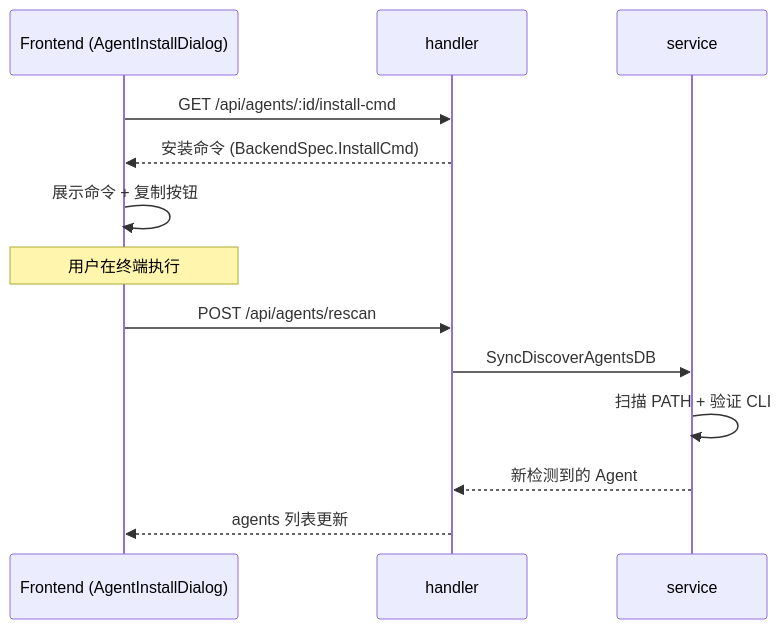
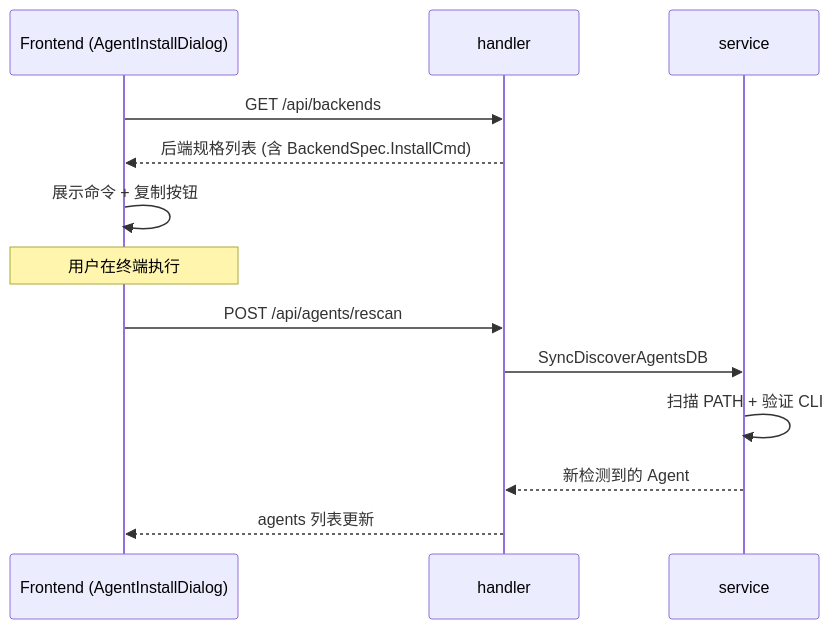
One commit to 0REZ/clawbench changed the second of 2 diagrams in docs/spec/features/setup-wizard.md. Above: the diagram before and after it, drawn with Mermaid. The commit also changed other lines of this file and 10 other files, not shown here.

````diff
--- a/docs/spec/features/setup-wizard.md
+++ b/docs/spec/features/setup-wizard.md
@@ -42,16 +40,16 @@
 ```mermaid
 sequenceDiagram
     participant F as Frontend (AgentInstallDialog)
     participant H as handler
     participant S as service
 
-    F->>H: GET /api/agents/:id/install-cmd
-    H-->>F: 安装命令 (BackendSpec.InstallCmd)
+    F->>H: GET /api/backends
+    H-->>F: 后端规格列表 (含 BackendSpec.InstallCmd)
     F->>F: 展示命令 + 复制按钮
     Note over F: 用户在终端执行
     F->>H: POST /api/agents/rescan
     H->>S: SyncDiscoverAgentsDB
     S->>S: 扫描 PATH + 验证 CLI
     S-->>H: 新检测到的 Agent
     H-->>F: agents 列表更新
 ```
````
